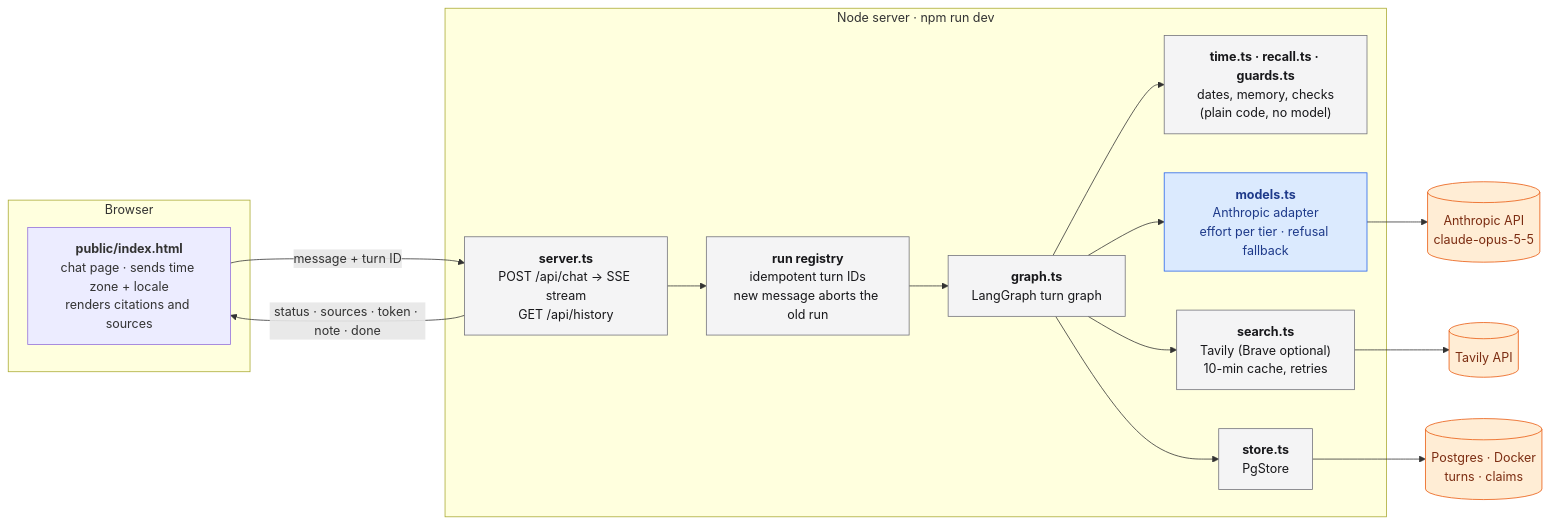
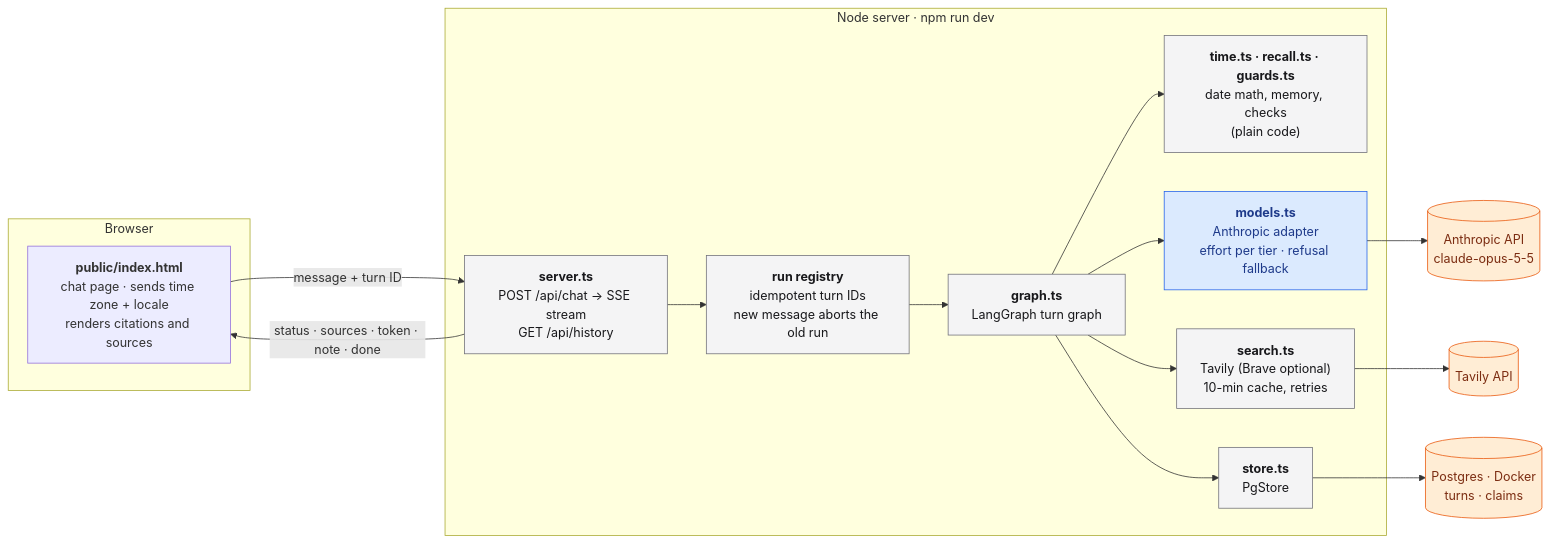
Before and after one commit to sreenivasivbieb/mimo: the first of 2 diagrams in README.md, drawn with Mermaid. The commit also changed other lines of this file and 11 other files, not shown here.

First line of the commit message:
Read time phrases with a fast model, calculate with rules, fall back to rules

````diff
--- a/README.md
+++ b/README.md
@@ -37,35 +37,35 @@
 ```mermaid
 flowchart LR
   subgraph browser["Browser"]
     ui["<b>public/index.html</b><br/>chat page · sends time zone + locale<br/>renders citations and sources"]
   end
 
   subgraph server["Node server · npm run dev"]
     http["<b>server.ts</b><br/>POST /api/chat → SSE stream<br/>GET /api/history"]
     runs["<b>run registry</b><br/>idempotent turn IDs<br/>new message aborts the old run"]
     turngraph["<b>graph.ts</b><br/>LangGraph turn graph"]
-    logic["<b>time.ts · recall.ts · guards.ts</b><br/>dates, memory, checks<br/>(plain code, no model)"]
+    logic["<b>time.ts · recall.ts · guards.ts</b><br/>date math, memory, checks<br/>(plain code)"]
     models["<b>models.ts</b><br/>Anthropic adapter<br/>effort per tier · refusal fallback"]
     search["<b>search.ts</b><br/>Tavily (Brave optional)<br/>10-min cache, retries"]
     store["<b>store.ts</b><br/>PgStore"]
   end
 
   claude[("Anthropic API<br/>claude-opus-5-5")]
   tavily[("Tavily API")]
   pg[("Postgres · Docker<br/>turns · claims")]
 
   ui -- "message + turn ID" --> http
   http -- "status · sources · token · note · done" --> ui
   http --> runs --> turngraph
   turngraph --> logic
   turngraph --> models --> claude
   turngraph --> search --> tavily
   turngraph --> store --> pg
 
   classDef code fill:#f4f4f5,stroke:#71717a,color:#18181b
   classDef model fill:#dbeafe,stroke:#2563eb,color:#1e3a8a
   classDef data fill:#ffedd5,stroke:#ea580c,color:#7c2d12
   class http,runs,turngraph,logic,search,store code
   class models model
   class claude,tavily,pg data
 ```
````
